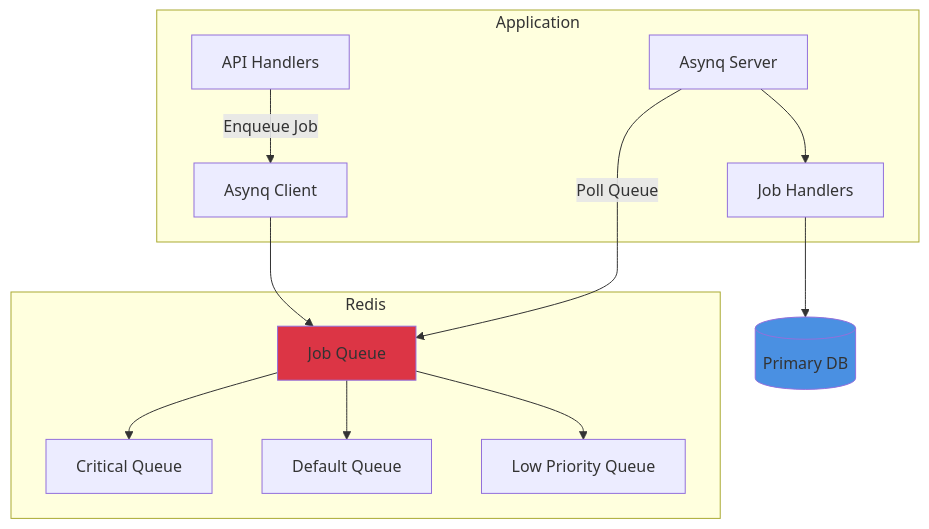
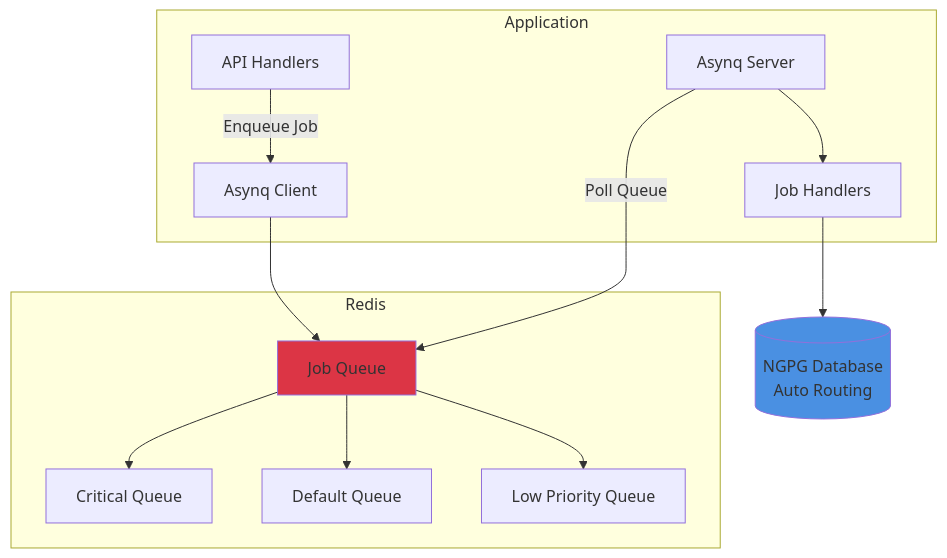
One commit to heroku-examples/saas-go-app changed diagram 13 of 18 in ARCHITECTURE.md. Above: the diagram before and after it, drawn with Mermaid. The commit also changed other lines of this file, not shown here.

````diff
--- a/ARCHITECTURE.md
+++ b/ARCHITECTURE.md
@@ -517,29 +600,29 @@
 ```mermaid
 graph TB
     subgraph "Application"
         API[API Handlers]
         JobClient[Asynq Client]
         JobServer[Asynq Server]
         JobHandler[Job Handlers]
     end
     
     subgraph "Redis"
         Queue[Job Queue]
         CriticalQ[Critical Queue]
         DefaultQ[Default Queue]
         LowQ[Low Priority Queue]
     end
     
     API -->|Enqueue Job| JobClient
     JobClient --> Queue
     Queue --> CriticalQ
     Queue --> DefaultQ
     Queue --> LowQ
     
     JobServer -->|Poll Queue| Queue
     JobServer --> JobHandler
-    JobHandler --> PrimaryDB[(Primary DB)]
+    JobHandler --> NGPG_DB[(NGPG Database<br/>Auto Routing)]
     
     style Queue fill:#dc3545
-    style PrimaryDB fill:#4a90e2
+    style NGPG_DB fill:#4a90e2
 ```
````
